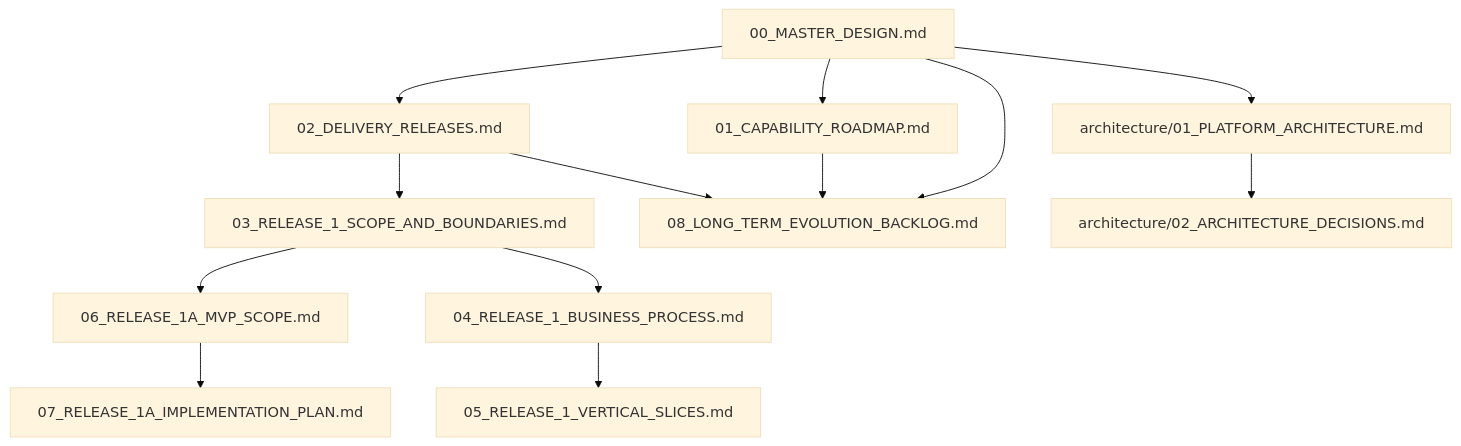
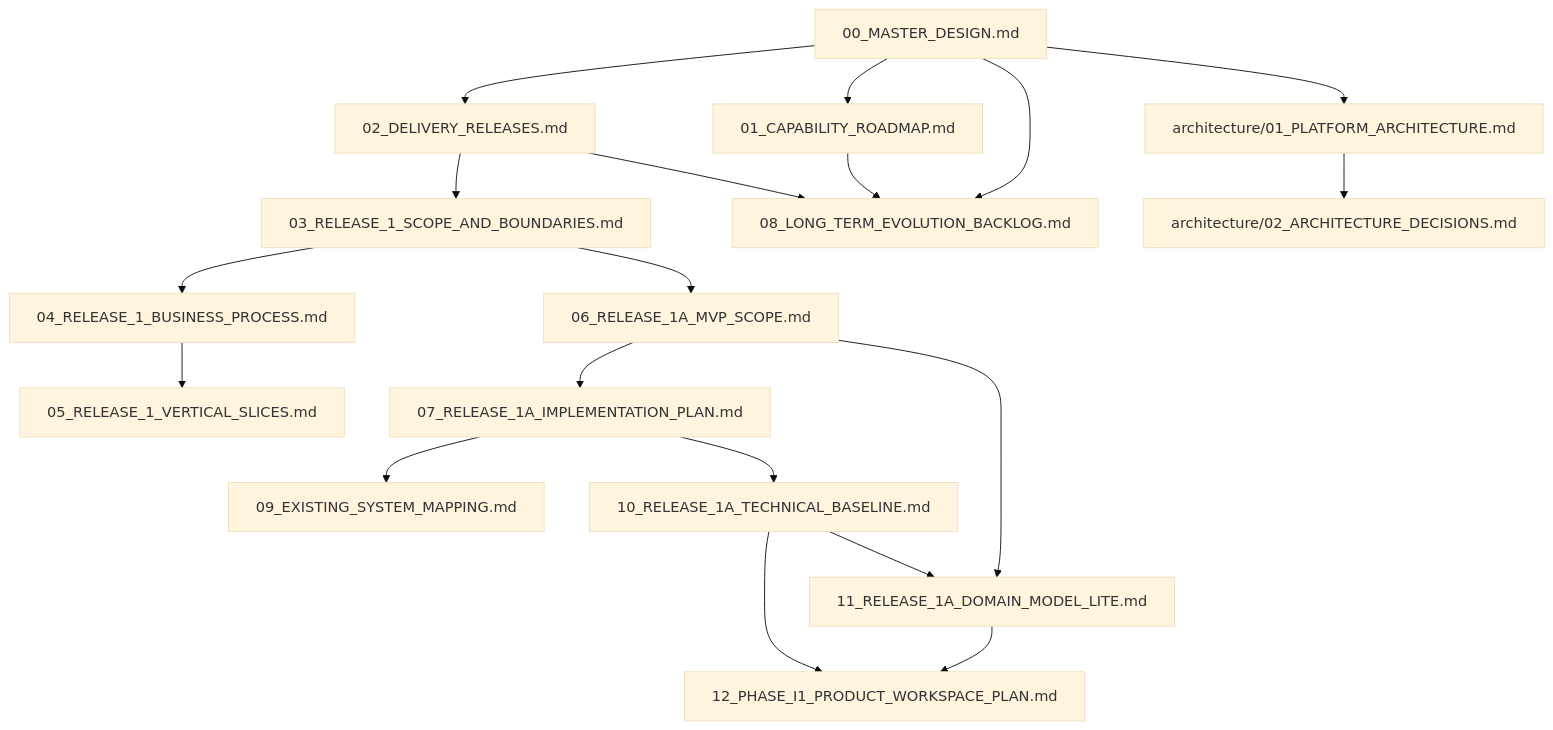
One commit to SONG-36/TK_Video_Intelligence_Workbench changed the diagram in DOCUMENT_MAP.md. Above: the diagram before and after it, drawn with Mermaid (base theme). The commit also changed other lines of this file and 8 other files, not shown here.

Commit message:
docs: prepare Release 1A implementation baseline

````diff
--- a/DOCUMENT_MAP.md
+++ b/DOCUMENT_MAP.md
@@ -64,27 +80,37 @@
 ```mermaid
 flowchart TB
     M[00_MASTER_DESIGN.md]
     C[01_CAPABILITY_ROADMAP.md]
     D[02_DELIVERY_RELEASES.md]
     R[03_RELEASE_1_SCOPE_AND_BOUNDARIES.md]
     BP[04_RELEASE_1_BUSINESS_PROCESS.md]
     VS[05_RELEASE_1_VERTICAL_SLICES.md]
     S[06_RELEASE_1A_MVP_SCOPE.md]
     I[07_RELEASE_1A_IMPLEMENTATION_PLAN.md]
     E[08_LONG_TERM_EVOLUTION_BACKLOG.md]
+    X[09_EXISTING_SYSTEM_MAPPING.md]
+    T[10_RELEASE_1A_TECHNICAL_BASELINE.md]
+    L[11_RELEASE_1A_DOMAIN_MODEL_LITE.md]
+    P1[12_PHASE_I1_PRODUCT_WORKSPACE_PLAN.md]
     PA[architecture/01_PLATFORM_ARCHITECTURE.md]
     ADR[architecture/02_ARCHITECTURE_DECISIONS.md]
 
     M --> C
     M --> D
     D --> R
     R --> S
     S --> I
+    I --> X
+    I --> T
+    S --> L
+    T --> L
+    L --> P1
+    T --> P1
     M --> E
     C --> E
     D --> E
     R --> BP
     BP --> VS
     M --> PA
     PA --> ADR
 ```
````
